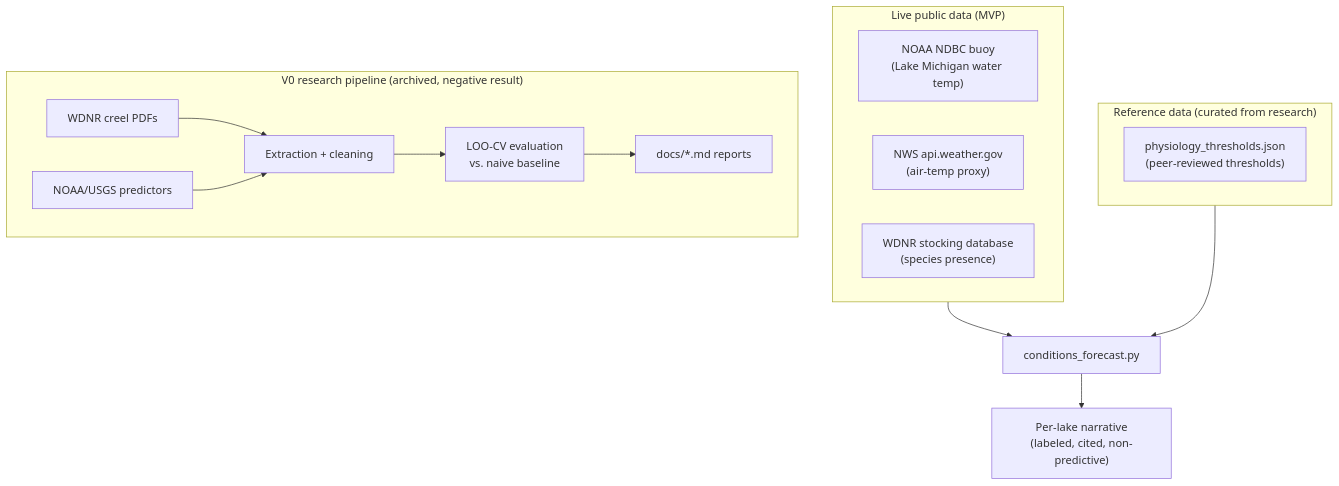
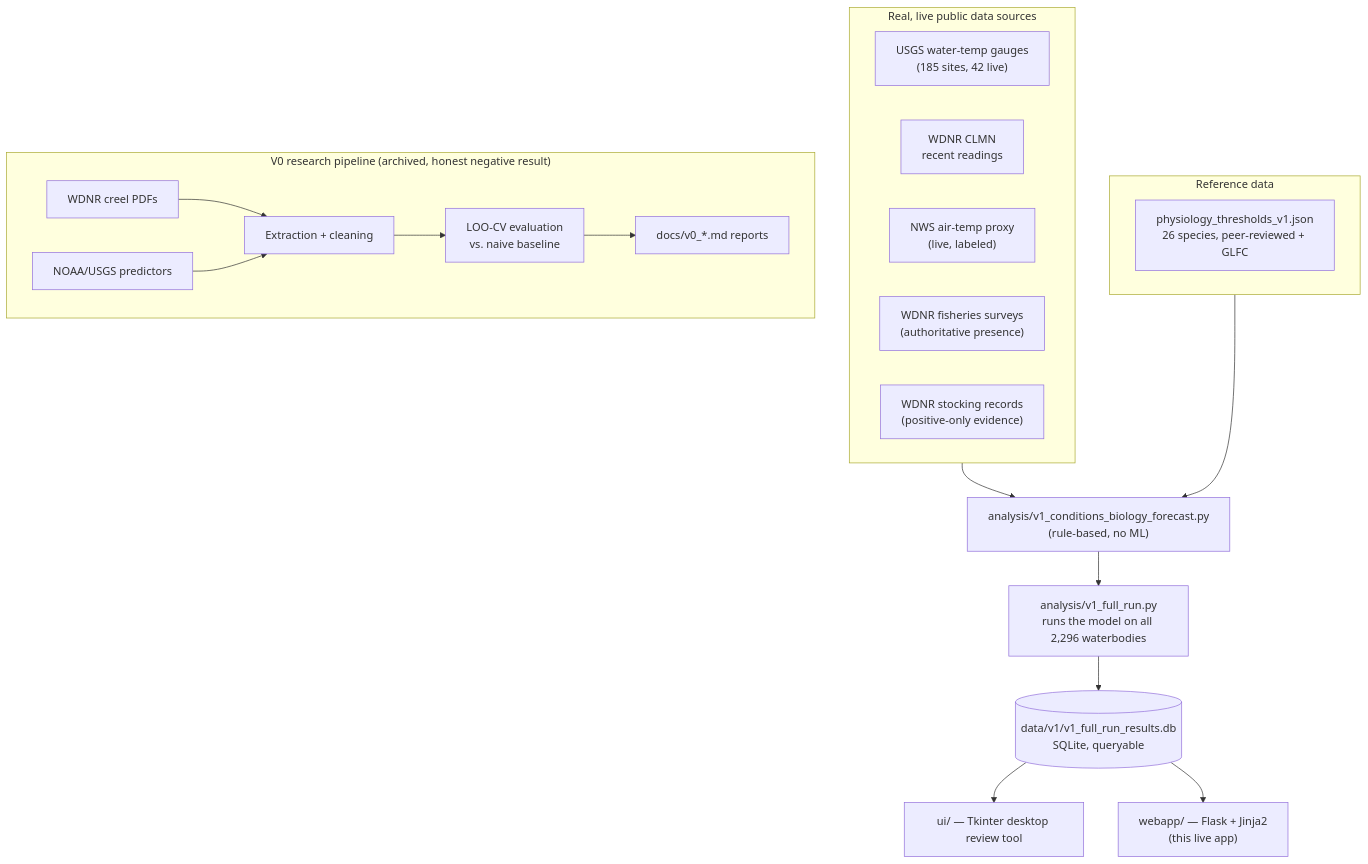
One commit to jsopa1/fishin changed the diagram in README.md. Above: the diagram before and after it, drawn with Mermaid. The commit also changed other lines of this file and 29 other files, not shown here.

````diff
--- a/README.md
+++ b/README.md
@@ -105,21 +89,27 @@
 ```mermaid
 flowchart TD
-    subgraph Live["Live public data (MVP)"]
-        NDBC["NOAA NDBC buoy\n(Lake Michigan water temp)"]
-        NWS["NWS api.weather.gov\n(air-temp proxy)"]
-        WDNR["WDNR stocking database\n(species presence)"]
+    subgraph Sources["Real, live public data sources"]
+        USGS["USGS water-temp gauges\n(185 sites, 42 live)"]
+        CLMN["WDNR CLMN\nrecent readings"]
+        NWS["NWS air-temp proxy\n(live, labeled)"]
+        WDNR_S["WDNR fisheries surveys\n(authoritative presence)"]
+        WDNR_K["WDNR stocking records\n(positive-only evidence)"]
     end
-    subgraph Ref["Reference data (curated from research)"]
-        PHYS["physiology_thresholds.json\n(peer-reviewed thresholds)"]
+    subgraph Ref["Reference data"]
+        PHYS["physiology_thresholds_v1.json\n26 species, peer-reviewed + GLFC"]
     end
-    Live --> Script["conditions_forecast.py"]
-    Ref --> Script
-    Script --> Narrative["Per-lake narrative\n(labeled, cited, non-predictive)"]
 
-    subgraph V0["V0 research pipeline (archived, negative result)"]
+    Sources --> Model["analysis/v1_conditions_biology_forecast.py\n(rule-based, no ML)"]
+    Ref --> Model
+    Model --> FullRun["analysis/v1_full_run.py\nruns the model on all 2,296 waterbodies"]
+    FullRun --> DB[("data/v1/v1_full_run_results.db\nSQLite, queryable")]
+    DB --> Exe["ui/ — Tkinter desktop review tool"]
+    DB --> Web["webapp/ — Flask + Jinja2\n(this live app)"]
+
+    subgraph V0["V0 research pipeline (archived, honest negative result)"]
         Creel["WDNR creel PDFs"] --> Extract["Extraction + cleaning"]
         Buoy["NOAA/USGS predictors"] --> Extract
         Extract --> Eval["LOO-CV evaluation\nvs. naive baseline"]
-        Eval --> Reports["docs/*.md reports"]
+        Eval --> Reports["docs/v0_*.md reports"]
     end
 ```
````
